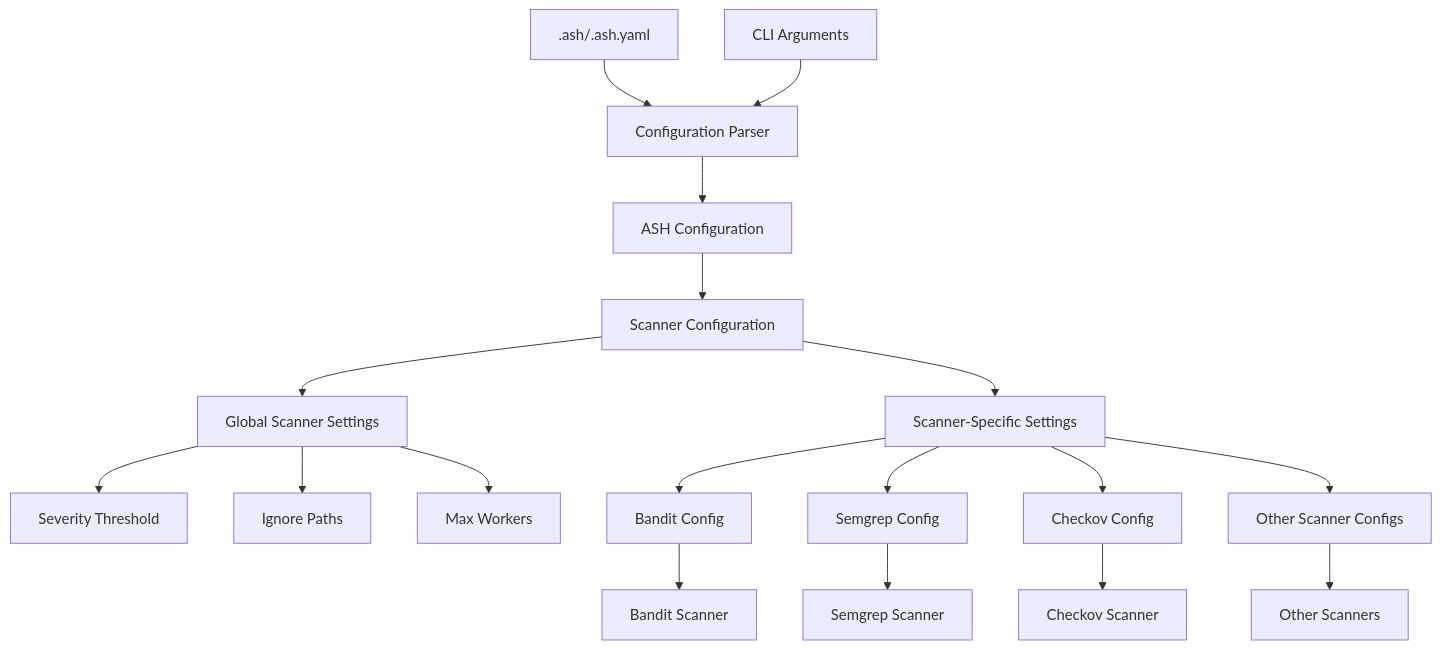
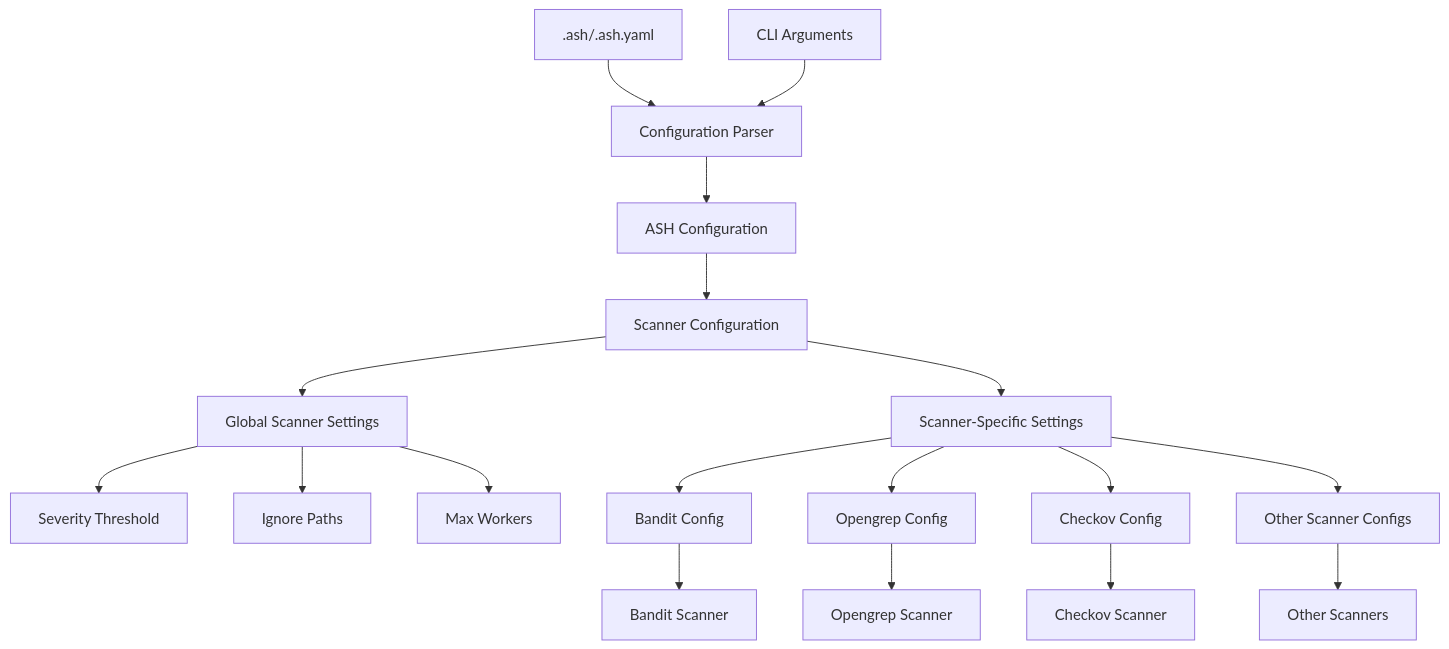
One commit to awslabs/automated-security-helper changed the fourth of 9 diagrams in docs/content/docs/plugins/builtin/scanners-diagrams.md. Above: the diagram before and after it, drawn with Mermaid. The commit also changed other lines of this file and 74 other files, not shown here.

First line of the commit message:
docs: document semgrep as an alias served by opengrep

````diff
--- a/docs/content/docs/plugins/builtin/scanners-diagrams.md
+++ b/docs/content/docs/plugins/builtin/scanners-diagrams.md
@@ -121,24 +117,24 @@
 ```mermaid
 flowchart TD
     A[.ash/.ash.yaml] --> B[Configuration Parser]
     C[CLI Arguments] --> B
     B --> D[ASH Configuration]
     D --> E[Scanner Configuration]
 
     E --> F[Global Scanner Settings]
     E --> G[Scanner-Specific Settings]
 
     F --> H[Severity Threshold]
     F --> I[Ignore Paths]
     F --> J[Max Workers]
 
     G --> K[Bandit Config]
-    G --> L[Semgrep Config]
+    G --> L[Opengrep Config]
     G --> M[Checkov Config]
     G --> N[Other Scanner Configs]
 
     K --> O[Bandit Scanner]
-    L --> P[Semgrep Scanner]
+    L --> P[Opengrep Scanner]
     M --> Q[Checkov Scanner]
     N --> R[Other Scanners]
 ```
````
